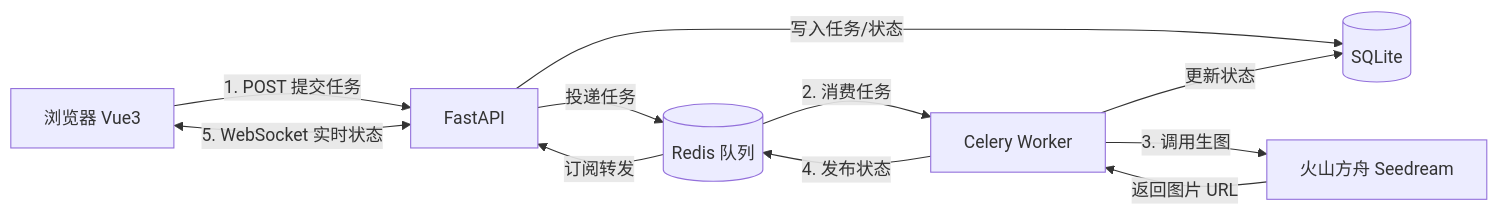
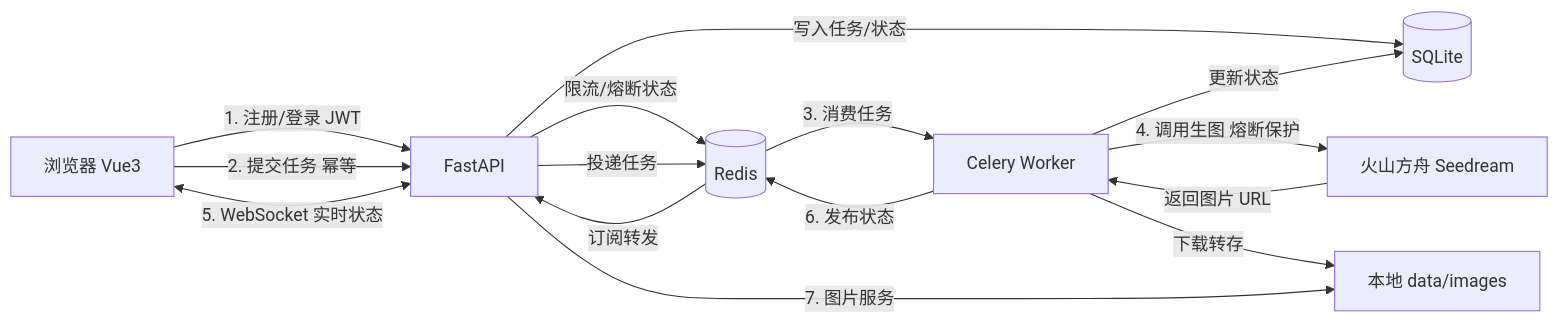
Before and after one commit to kkstudy666/ai-image-generator: the diagram in PROJECT.md, drawn with Mermaid. The commit also changed other lines of this file, not shown here.

````diff
--- a/PROJECT.md
+++ b/PROJECT.md
@@ -35,13 +41,17 @@
 ```mermaid
 graph LR
-    A[浏览器 Vue3] -->|1. POST 提交任务| B[FastAPI]
+    A[浏览器 Vue3] -->|1. 注册/登录 JWT| B[FastAPI]
+    A -->|2. 提交任务 幂等| B
     A <-->|5. WebSocket 实时状态| B
     B -->|写入任务/状态| C[(SQLite)]
-    B -->|投递任务| D[(Redis 队列)]
-    D -->|2. 消费任务| E[Celery Worker]
-    E -->|3. 调用生图| F[火山方舟 Seedream]
+    B -->|限流/熔断状态| D[(Redis)]
+    B -->|投递任务| D
+    D -->|3. 消费任务| E[Celery Worker]
+    E -->|4. 调用生图 熔断保护| F[火山方舟 Seedream]
     F -->|返回图片 URL| E
+    E -->|下载转存| G[本地 data/images]
     E -->|更新状态| C
-    E -->|4. 发布状态| D
+    E -->|6. 发布状态| D
     D -->|订阅转发| B
+    B -->|7. 图片服务| G
 ```
````
